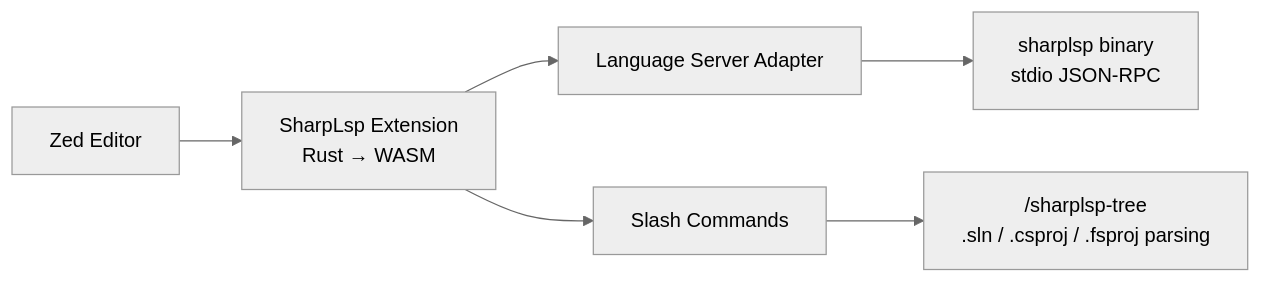
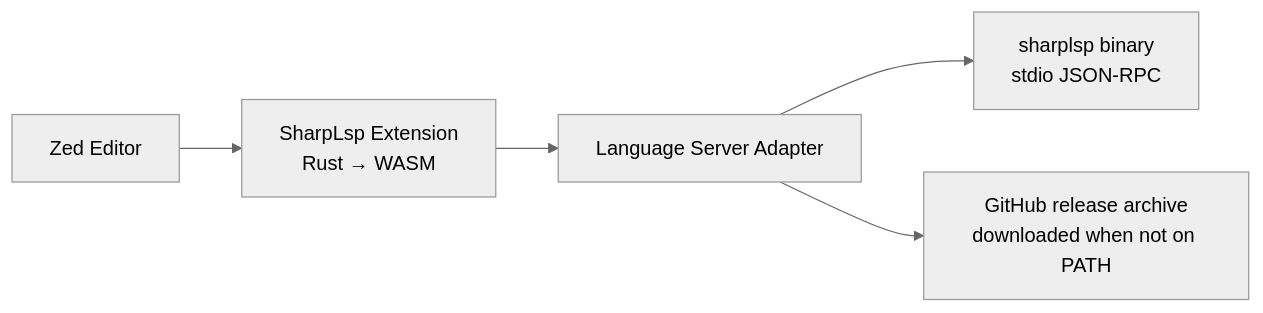
The first of 2 diagrams in docs/plans/ZED-PLAN.md (Nimblesite/SharpLsp), drawn with Mermaid (neutral theme) before and after one commit. The commit also changed other lines of this file and 84 other files, not shown here.

````diff
--- a/docs/plans/ZED-PLAN.md
+++ b/docs/plans/ZED-PLAN.md
@@ -12,8 +12,7 @@
 ```mermaid
 flowchart LR
     ZED["Zed Editor"] --> EXT["SharpLsp Extension<br/>Rust → WASM"]
     EXT --> ADAPTER["Language Server Adapter"]
-    EXT --> SLASH["Slash Commands"]
     ADAPTER --> BIN["sharplsp binary<br/>stdio JSON-RPC"]
-    SLASH --> TREECMD["/sharplsp-tree<br/>.sln / .csproj / .fsproj parsing"]
+    ADAPTER --> GH["GitHub release archive<br/>downloaded when not on PATH"]
 ```
````
